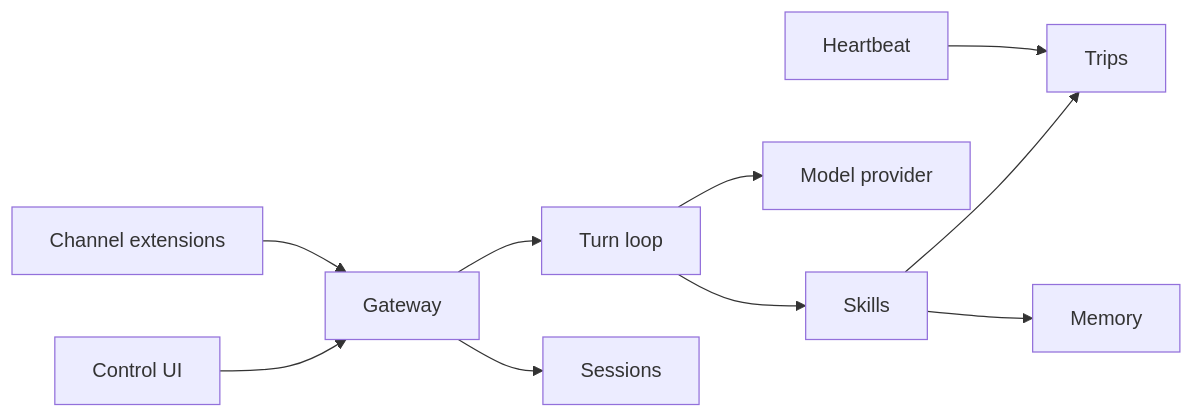
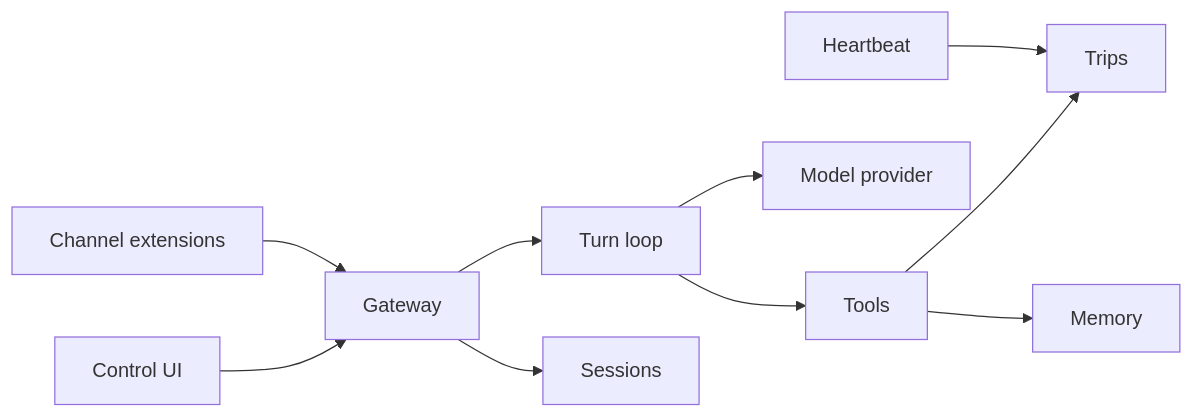
Before and after one commit to Sadikdeveloper/travelclaw: the diagram in docs/architecture.md, drawn with Mermaid. The commit also changed other lines of this file and 63 other files, not shown here.

````diff
--- a/docs/architecture.md
+++ b/docs/architecture.md
@@ -5,12 +5,12 @@
 ```mermaid
 flowchart LR
   UI["Control UI"] --> GW["Gateway"]
   EXT["Channel extensions"] --> GW
   GW --> LOOP["Turn loop"]
-  LOOP --> SK["Skills"]
+  LOOP --> TOOLS["Tools"]
   LOOP --> MODEL["Model provider"]
-  SK --> TRIPS["Trips"]
-  SK --> MEM["Memory"]
+  TOOLS --> TRIPS["Trips"]
+  TOOLS --> MEM["Memory"]
   GW --> SES["Sessions"]
   HB["Heartbeat"] --> TRIPS
 ```
````
